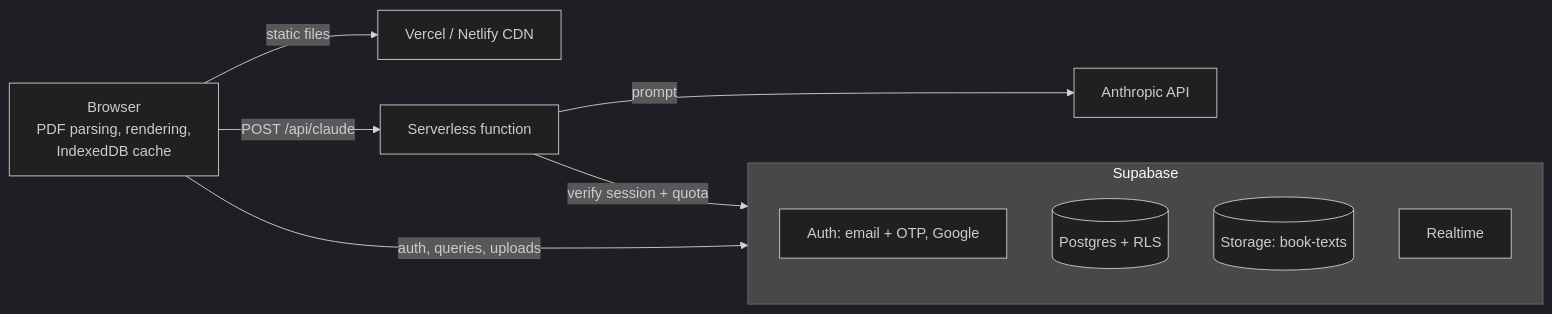
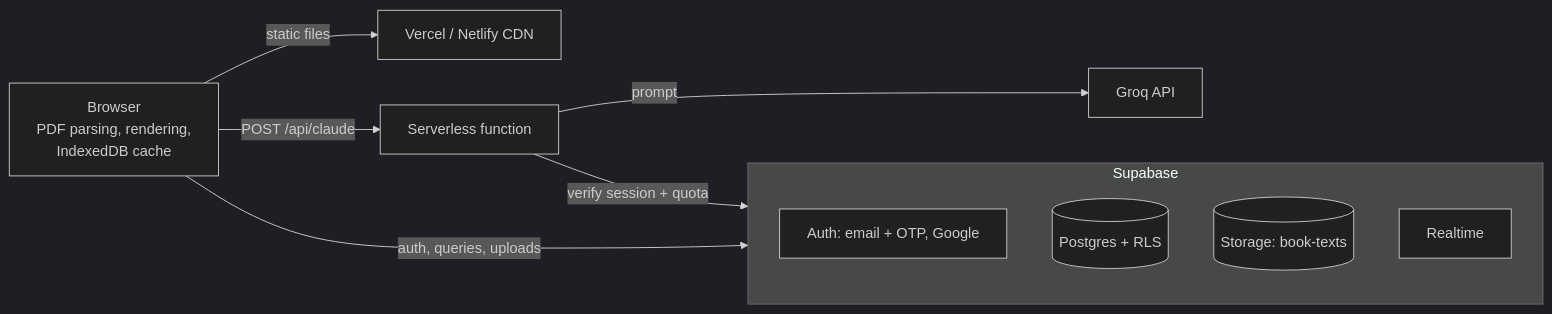
The diagram in README.md (Sarvagya911/inkworlds), drawn with Mermaid (dark theme) before and after one commit. The commit also changed other lines of this file and 5 other files, not shown here.

````diff
--- a/README.md
+++ b/README.md
@@ -11,14 +11,14 @@
 ```mermaid
 flowchart LR
   B[Browser<br/>PDF parsing, rendering,<br/>IndexedDB cache] -- static files --> CDN[Vercel / Netlify CDN]
   B -- auth, queries, uploads --> SB[(Supabase)]
   B -- POST /api/claude --> FN[Serverless function]
   FN -- verify session + quota --> SB
-  FN -- prompt --> AN[Anthropic API]
+  FN -- prompt --> GR[Groq API]
   subgraph SB[Supabase]
     AU[Auth: email + OTP, Google]
     PG[(Postgres + RLS)]
     ST[(Storage: book-texts)]
     RT[Realtime]
   end
 ```
````
